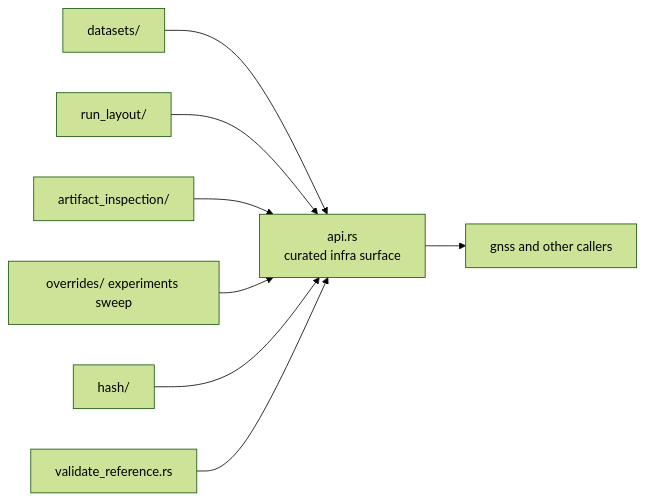
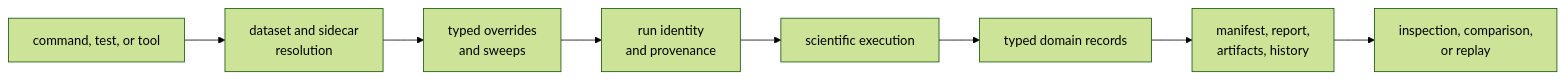
The first of 2 diagrams in docs/03-bijux-gnss-infra/architecture/index.md (bijux/bijux-telecom), drawn with Mermaid (forest theme) before and after one commit. The commit also changed other lines of this file, not shown here.

Commit message:
docs(infra): map repository evidence architecture

````diff
--- a/docs/03-bijux-gnss-infra/architecture/index.md
+++ b/docs/03-bijux-gnss-infra/architecture/index.md
@@ -23,19 +19,14 @@
 ```mermaid
 flowchart LR
-    api["api.rs<br/>curated infra surface"]
-    datasets["datasets/"]
-    layout["run_layout/"]
-    inspect["artifact_inspection/"]
-    overrides["overrides/ experiments sweep"]
-    hash["hash/"]
-    validate["validate_reference.rs"]
-    callers["gnss and other callers"]
+    caller["command, test, or tool"]
+    dataset["dataset and sidecar<br/>resolution"]
+    variation["typed overrides<br/>and sweeps"]
+    identity["run identity<br/>and provenance"]
+    owner["scientific execution"]
+    records["typed domain records"]
+    persistence["manifest, report,<br/>artifacts, history"]
+    inspection["inspection, comparison,<br/>or replay"]
 
-    datasets --> api
-    layout --> api
-    inspect --> api
-    overrides --> api
-    hash --> api
-    validate --> api
-    api --> callers
+    caller --> dataset --> variation --> identity --> owner
+    owner --> records --> persistence --> inspection
 ```
````
